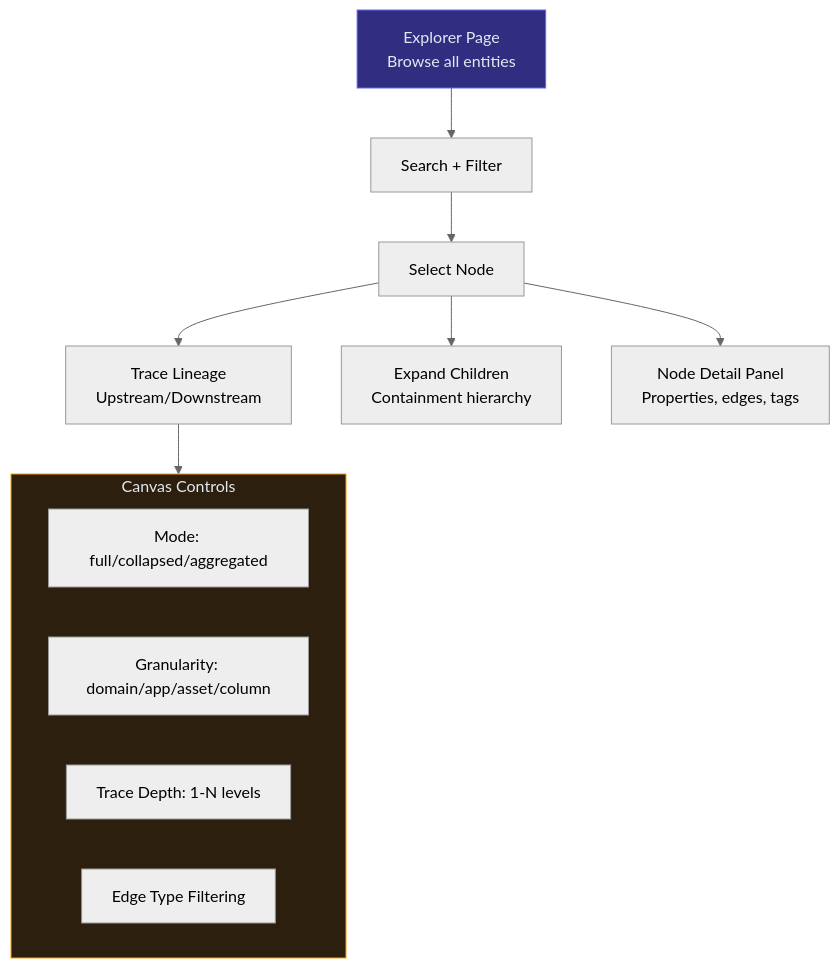
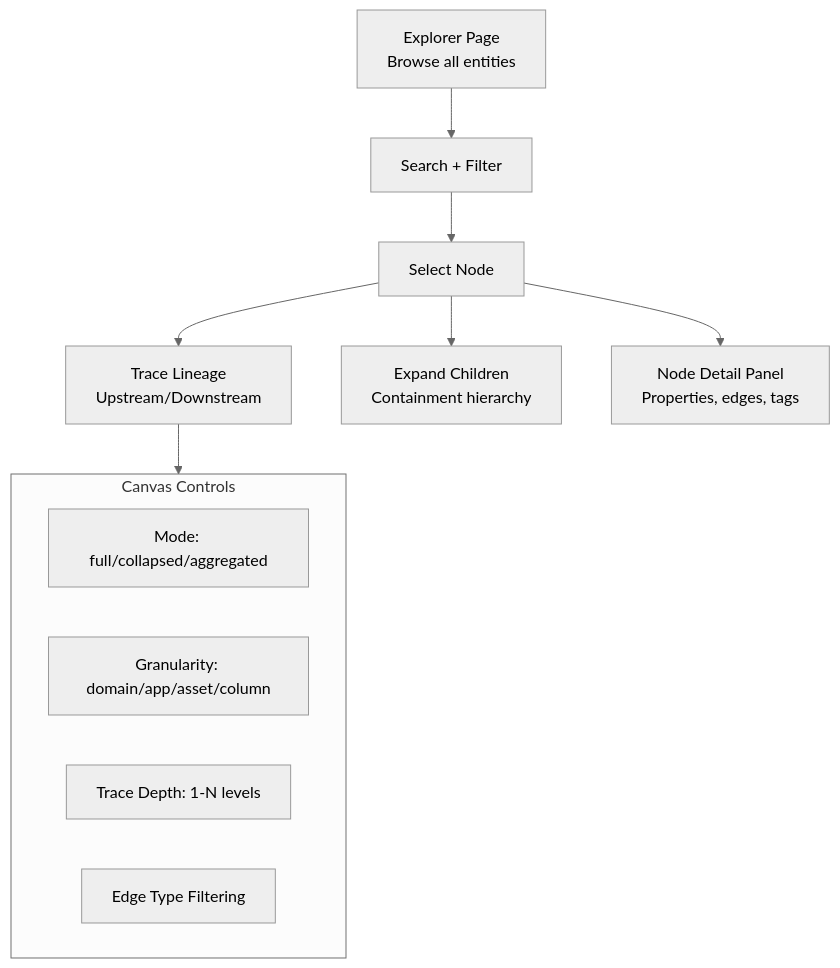
Before and after one commit to rkrumins/dataviz: the fourth of 11 diagrams in docs/FRONTEND.md, drawn with Mermaid (neutral theme). The commit also changed other lines of this file and 46 other files, not shown here.

````diff
--- a/docs/FRONTEND.md
+++ b/docs/FRONTEND.md
@@ -160,26 +152,24 @@
 ```mermaid
 graph TB
     Explorer["Explorer Page<br/>Browse all entities"]
     Search["Search + Filter"]
     Select["Select Node"]
     Trace["Trace Lineage<br/>Upstream/Downstream"]
     Expand["Expand Children<br/>Containment hierarchy"]
     Detail["Node Detail Panel<br/>Properties, edges, tags"]
 
     Explorer --> Search --> Select
     Select --> Trace
     Select --> Expand
     Select --> Detail
 
     subgraph Controls["Canvas Controls"]
         Mode["Mode: full/collapsed/aggregated"]
         Gran["Granularity: domain/app/asset/column"]
         Depth["Trace Depth: 1-N levels"]
         Filter["Edge Type Filtering"]
     end
 
     Trace --> Controls
 
-    style Explorer fill:#312e81,stroke:#6366f1,color:#e2e8f0
-    style Controls fill:#2d1f0e,stroke:#f59e0b,color:#e2e8f0
 ```
````
